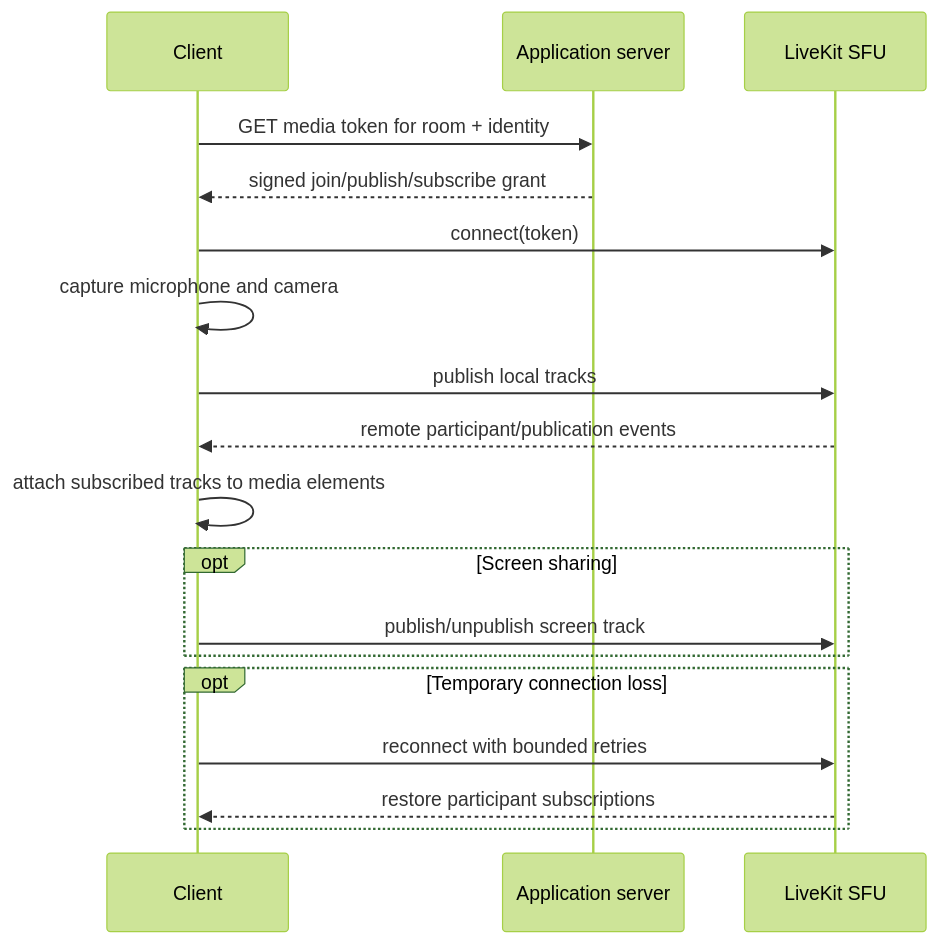
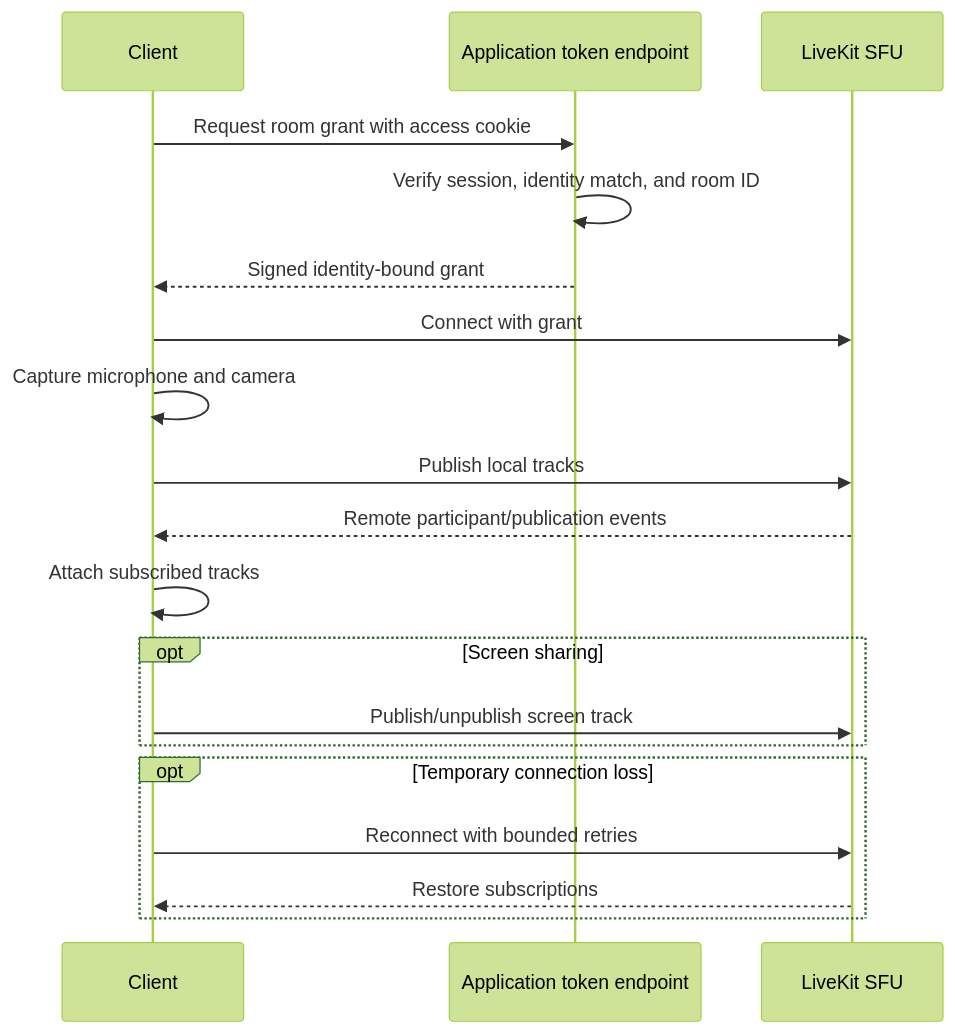
The third of 3 diagrams in docs/REALTIME_PROTOCOL.md (Haamid-syed/social-square-public), drawn with Mermaid (forest theme) before and after one commit. The commit also changed other lines of this file and 11 other files, not shown here.

````diff
--- a/docs/REALTIME_PROTOCOL.md
+++ b/docs/REALTIME_PROTOCOL.md
@@ -107,21 +119,22 @@
 ```mermaid
 sequenceDiagram
     participant Client
-    participant App as Application server
+    participant Auth as Application token endpoint
     participant LK as LiveKit SFU
 
-    Client->>App: GET media token for room + identity
-    App-->>Client: signed join/publish/subscribe grant
-    Client->>LK: connect(token)
-    Client->>Client: capture microphone and camera
-    Client->>LK: publish local tracks
-    LK-->>Client: remote participant/publication events
-    Client->>Client: attach subscribed tracks to media elements
+    Client->>Auth: Request room grant with access cookie
+    Auth->>Auth: Verify session, identity match, and room ID
+    Auth-->>Client: Signed identity-bound grant
+    Client->>LK: Connect with grant
+    Client->>Client: Capture microphone and camera
+    Client->>LK: Publish local tracks
+    LK-->>Client: Remote participant/publication events
+    Client->>Client: Attach subscribed tracks
     opt Screen sharing
-        Client->>LK: publish/unpublish screen track
+        Client->>LK: Publish/unpublish screen track
     end
     opt Temporary connection loss
-        Client->>LK: reconnect with bounded retries
-        LK-->>Client: restore participant subscriptions
+        Client->>LK: Reconnect with bounded retries
+        LK-->>Client: Restore subscriptions
     end
 ```
````
